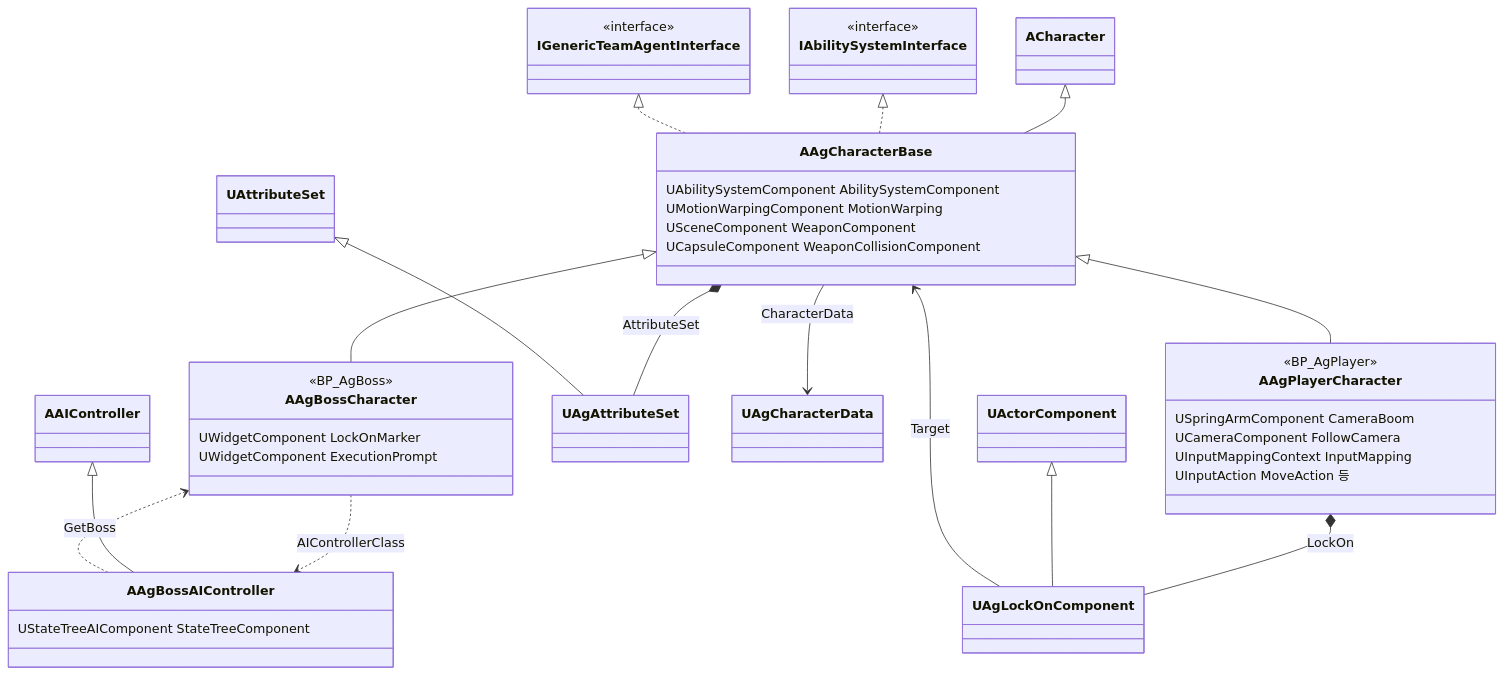
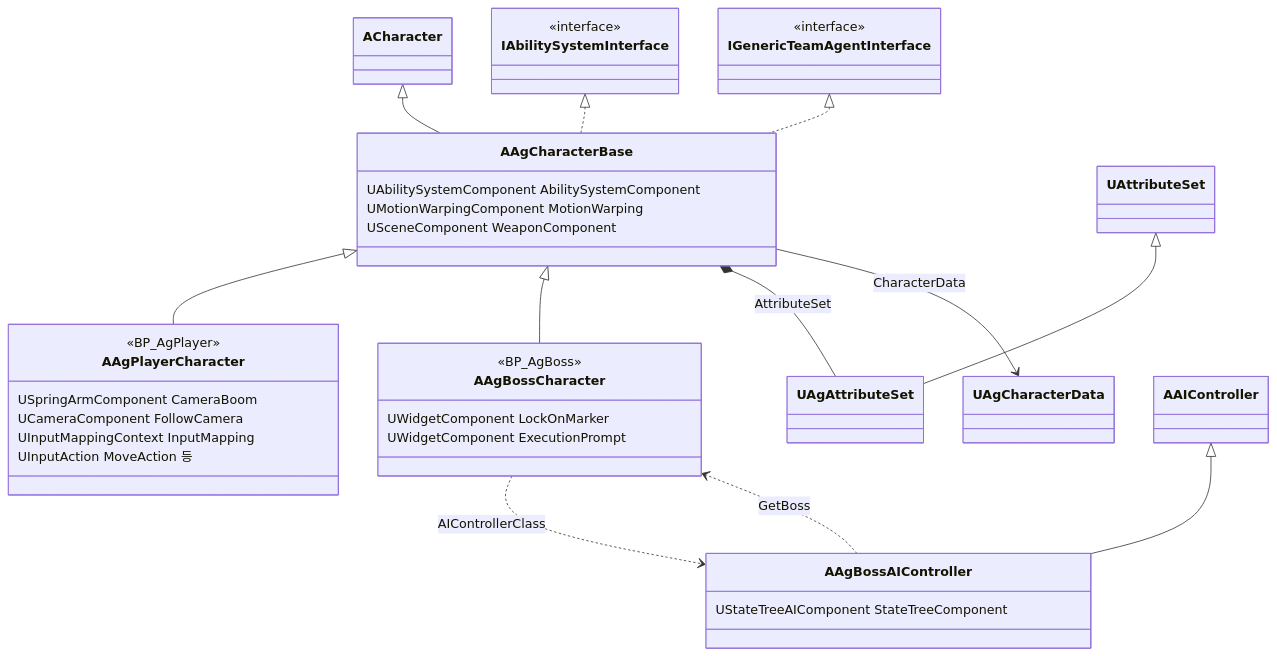
Before and after one commit to Woogl/Ag: the first of 2 diagrams in Docs/Program/캐릭터와 GAS.md, drawn with Mermaid. The commit also changed other lines of this file and 241 other files, not shown here.

````diff
--- a/Docs/Program/캐릭터와 GAS.md
+++ b/Docs/Program/캐릭터와 GAS.md
@@ -33,46 +34,42 @@
 ```mermaid
 classDiagram
     direction TB
     class IAbilitySystemInterface {
         <<interface>>
     }
     class IGenericTeamAgentInterface {
         <<interface>>
     }
     class AAgCharacterBase {
         UAbilitySystemComponent AbilitySystemComponent
         UMotionWarpingComponent MotionWarping
         USceneComponent WeaponComponent
-        UCapsuleComponent WeaponCollisionComponent
     }
     class AAgPlayerCharacter {
         <<BP_AgPlayer>>
         USpringArmComponent CameraBoom
         UCameraComponent FollowCamera
         UInputMappingContext InputMapping
         UInputAction MoveAction 등
     }
     class AAgBossCharacter {
         <<BP_AgBoss>>
         UWidgetComponent LockOnMarker
         UWidgetComponent ExecutionPrompt
     }
     class AAgBossAIController {
         UStateTreeAIComponent StateTreeComponent
     }
     ACharacter <|-- AAgCharacterBase
     IAbilitySystemInterface <|.. AAgCharacterBase
     IGenericTeamAgentInterface <|.. AAgCharacterBase
     AAgCharacterBase <|-- AAgPlayerCharacter
     AAgCharacterBase <|-- AAgBossCharacter
 
     AAgCharacterBase *-- UAgAttributeSet : AttributeSet
     UAttributeSet <|-- UAgAttributeSet
     AAgCharacterBase --> UAgCharacterData : CharacterData
-    AAgPlayerCharacter *-- UAgLockOnComponent : LockOn
-    UActorComponent <|-- UAgLockOnComponent
-    UAgLockOnComponent --> AAgCharacterBase : Target
     AAgBossCharacter ..> AAgBossAIController : AIControllerClass
     AAIController <|-- AAgBossAIController
     AAgBossAIController ..> AAgBossCharacter : GetBoss
 ```
````
